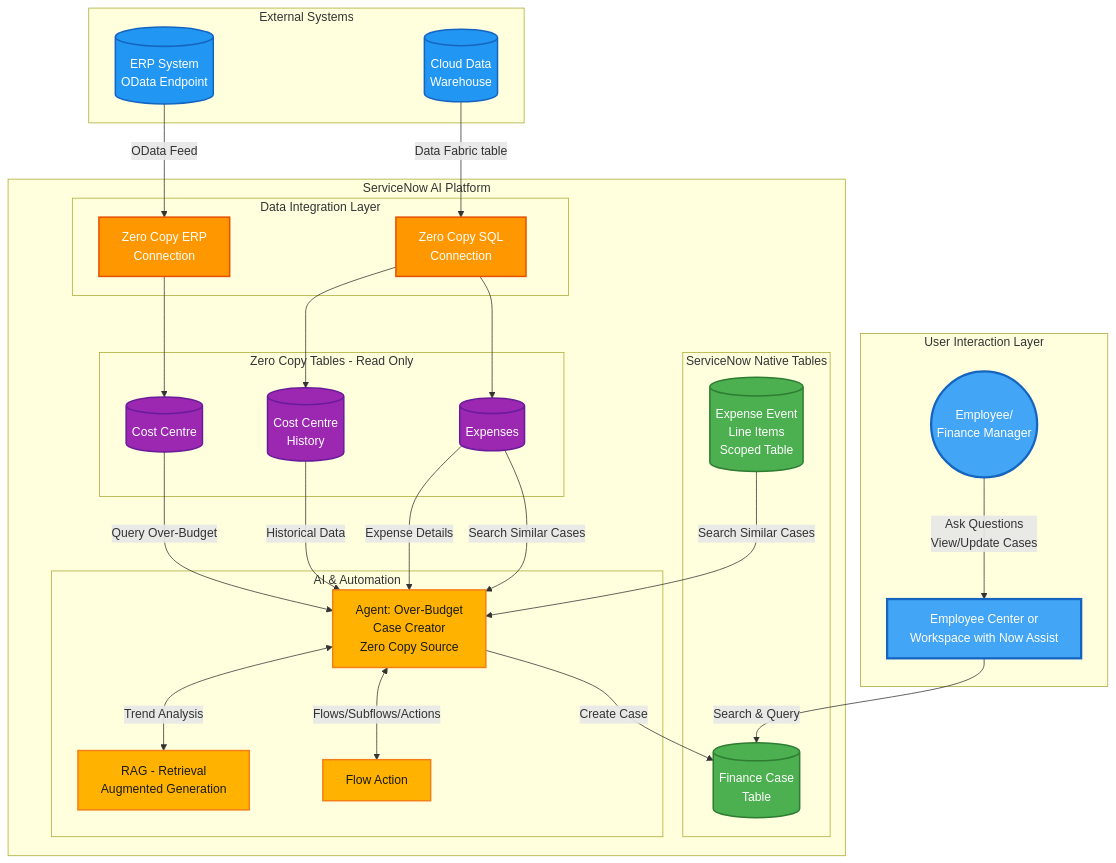
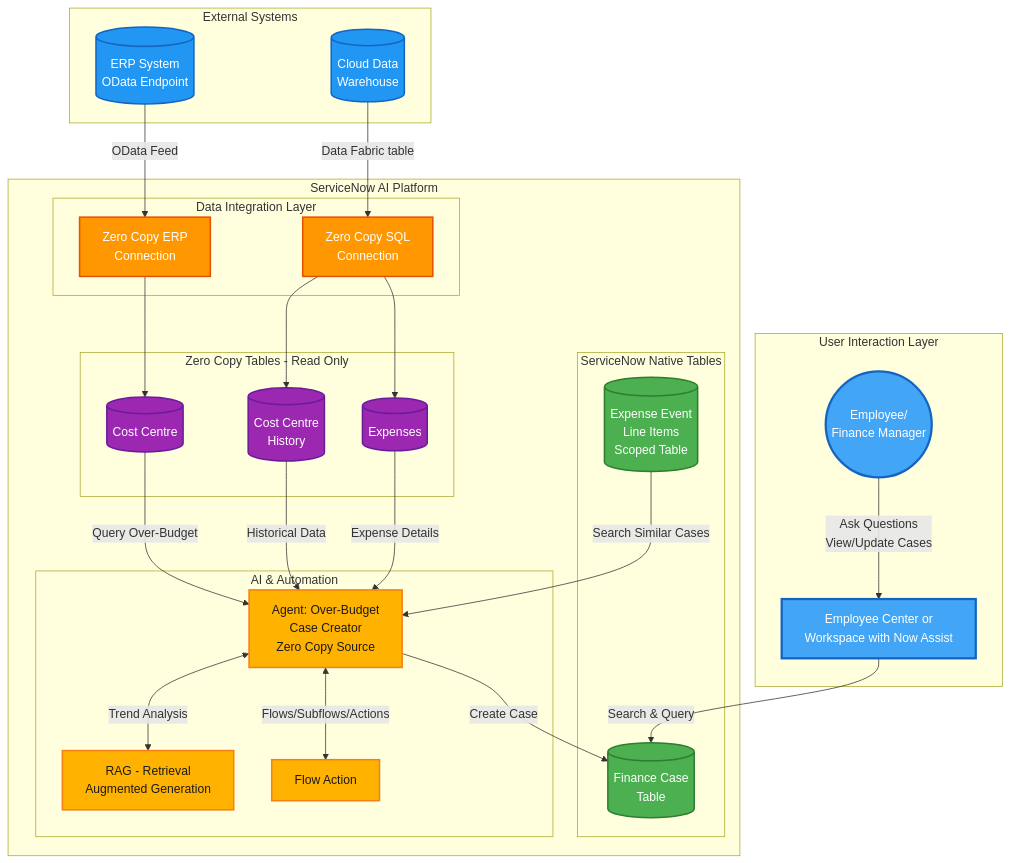
Before and after one commit to leojacinto/WorkflowDataFabric-TypeA: the diagram in main-exercises/lab-exercise-zero-copy-connectors.md, drawn with Mermaid. The commit also changed 1 other file, not shown here.

Commit message:
GITBOOK-106: No subject

````diff
--- a/main-exercises/lab-exercise-zero-copy-connectors.md
+++ b/main-exercises/lab-exercise-zero-copy-connectors.md
@@ -17,74 +17,73 @@
 ```mermaid
 graph TB
     subgraph "User Interaction Layer"
         Employee((Employee/<br/>Finance Manager))
         EC[Employee Center or<br/> Workspace with Now Assist]
     end
 
     subgraph "External Systems"
         ERP[(ERP System<br/>OData Endpoint)]
         CDW[(Cloud Data<br/>Warehouse)]
     end
 
     subgraph "ServiceNow AI Platform"
         subgraph "Data Integration Layer"
             ZeroCopySQL[Zero Copy SQL<br/>Connection]
             ZeroCopyERP[Zero Copy ERP<br/>Connection]
         end
 
         subgraph "Zero Copy Tables - Read Only"
             ZCCC[(Cost Centre)]
             ZCCH[(Cost Centre</br>History)]
             ZCExp[(Expenses)]
         end
 
         subgraph "ServiceNow Native Tables"
             ExpenseTable[(Expense Event<br/>Line Items<br/>Scoped Table)]
             FinCase[(Finance Case<br/>Table)]
         end
 
         subgraph "AI & Automation"
             Agent1[Agent: Over-Budget<br/>Case Creator<br/>Zero Copy Source]
             RAG[RAG - Retrieval<br/>Augmented Generation]
 
             FlowAction[Flow Action]
         end
     end
 
     %% Data Flow Connections
     ERP -->|OData Feed| ZeroCopyERP
     CDW -->|Data Fabric table| ZeroCopySQL
     ZeroCopyERP --> ZCCC
     ZeroCopySQL --> ZCCH
     ZeroCopySQL --> ZCExp
 
     %% Agent 1 Workflow - Zero Copy Source
     ZCCC -->|Query Over-Budget| Agent1
     ZCCH -->|Historical Data| Agent1
     ZCExp -->|Expense Details| Agent1
     ExpenseTable -->|Search Similar Cases| Agent1
-    ZCExp -->|Search Similar Cases| Agent1
     Agent1 -->|Create Case| FinCase
     Agent1 <-->|Trend Analysis| RAG
     Agent1 <-->|Flows/Subflows/Actions| FlowAction
 
     %% User Interaction Connections
     Employee -->|Ask Questions<br/>View/Update Cases| EC
     EC -->|Search & Query| FinCase
 
     %% Styling
     classDef external fill:#2196F3,stroke:#1565C0,stroke-width:2px,color:#fff
     classDef integration fill:#FF9800,stroke:#E65100,stroke-width:2px,color:#fff
     classDef zeroCopy fill:#9C27B0,stroke:#6A1B9A,stroke-width:2px,color:#fff
     classDef native fill:#4CAF50,stroke:#2E7D32,stroke-width:2px,color:#fff
     classDef ai fill:#FFB300,stroke:#F57F17,stroke-width:2px,color:#1a1a1a
     classDef user fill:#42A5F5,stroke:#1565C0,stroke-width:3px,color:#fff
 
     class ERP,SharePoint,CDW external
     class ZeroCopySQL,ZeroCopyERP,ExtContent integration
     class ZCCC,ZCCH,ZCExp zeroCopy
     class ExpenseTable,FinCase,FinVar native
     class Agent1,RAG,NASK,FlowAction,GGraph,NLQuery ai
     class MockERP,MockCDW external
     class Employee,EC user
 ```
````
